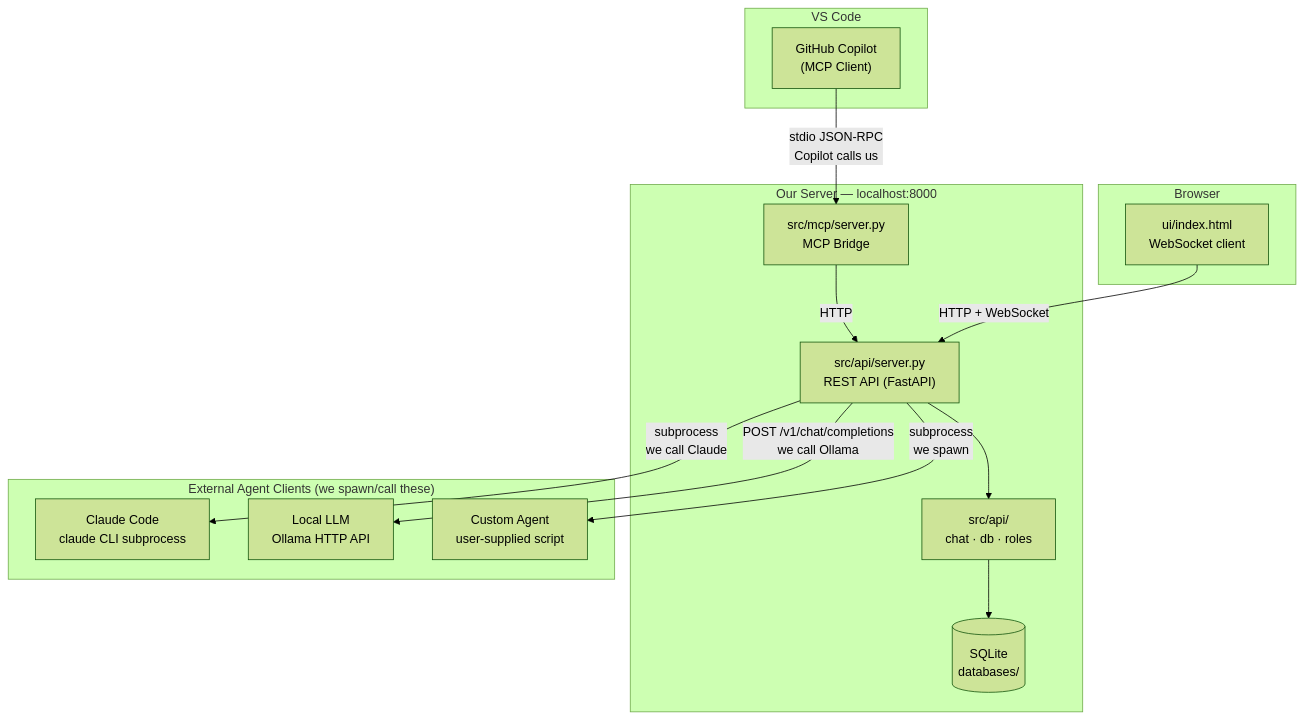
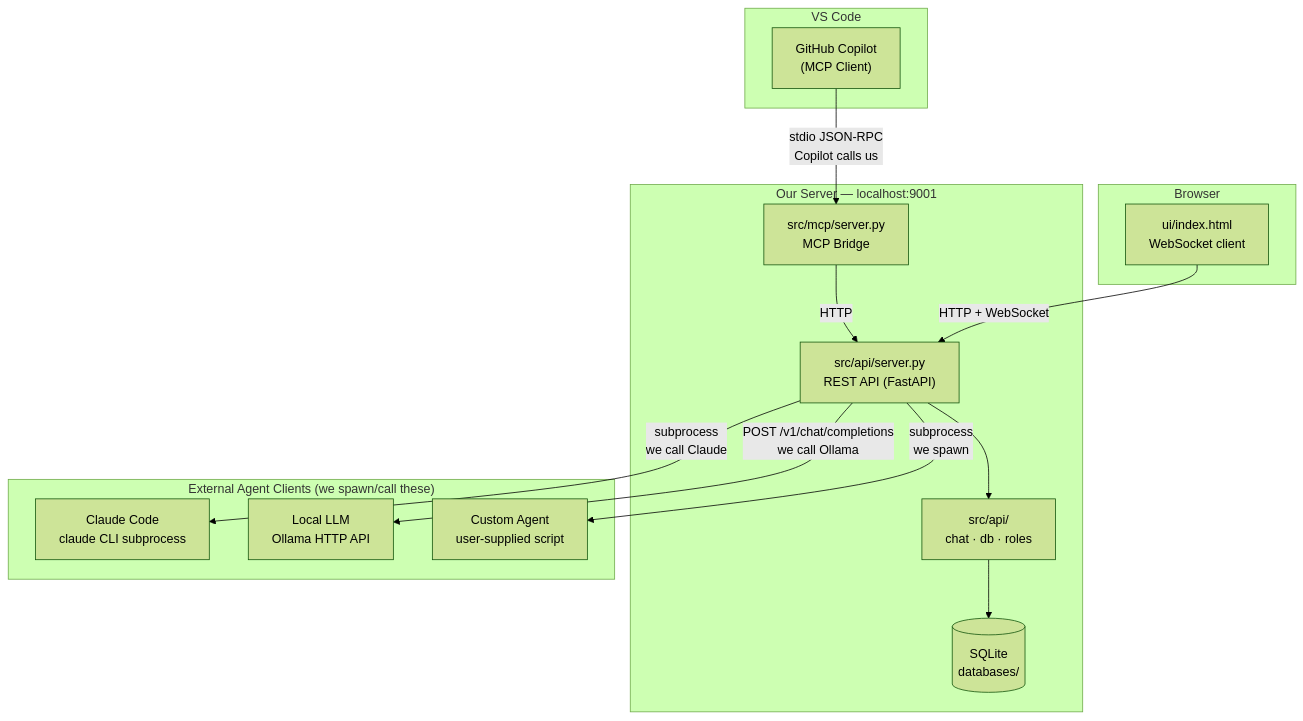
Before and after one commit to Stephensmetana/agentcy: the diagram in README.md, drawn with Mermaid (forest theme). The commit also changed other lines of this file and 9 other files, not shown here.

````diff
--- a/README.md
+++ b/README.md
@@ -21,33 +21,33 @@
 ```mermaid
 flowchart TD
     subgraph vscode["VS Code"]
         Copilot["GitHub Copilot\n(MCP Client)"]
     end
 
-    subgraph server["Our Server  —  localhost:8000"]
+    subgraph server["Our Server  —  localhost:9001"]
         MCP["src/mcp/server.py\nMCP Bridge"]
         API["src/api/server.py\nREST API (FastAPI)"]
         Core["src/api/\nchat · db · roles"]
         DB[("SQLite\ndatabases/")]
     end
 
     subgraph browser["Browser"]
         UI["ui/index.html\nWebSocket client"]
     end
 
     subgraph agents["External Agent Clients  (we spawn/call these)"]
         Claude["Claude Code\nclaude CLI subprocess"]
         Ollama["Local LLM\nOllama HTTP API"]
         Custom["Custom Agent\nuser-supplied script"]
     end
 
     Copilot -->|"stdio JSON-RPC\nCopilot calls us"| MCP
     MCP -->|"HTTP"| API
     API --> Core
     Core --> DB
     UI -->|"HTTP + WebSocket"| API
 
     API -->|"subprocess\nwe call Claude"| Claude
     API -->|"POST /v1/chat/completions\nwe call Ollama"| Ollama
     API -->|"subprocess\nwe spawn"| Custom
 ```
````
